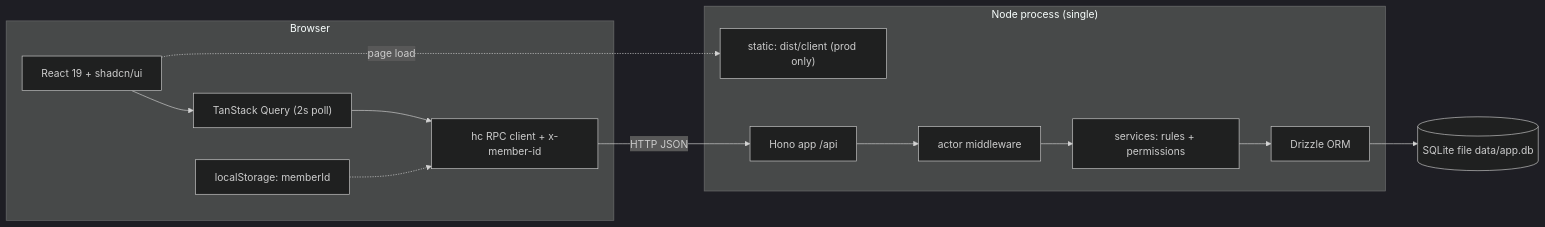
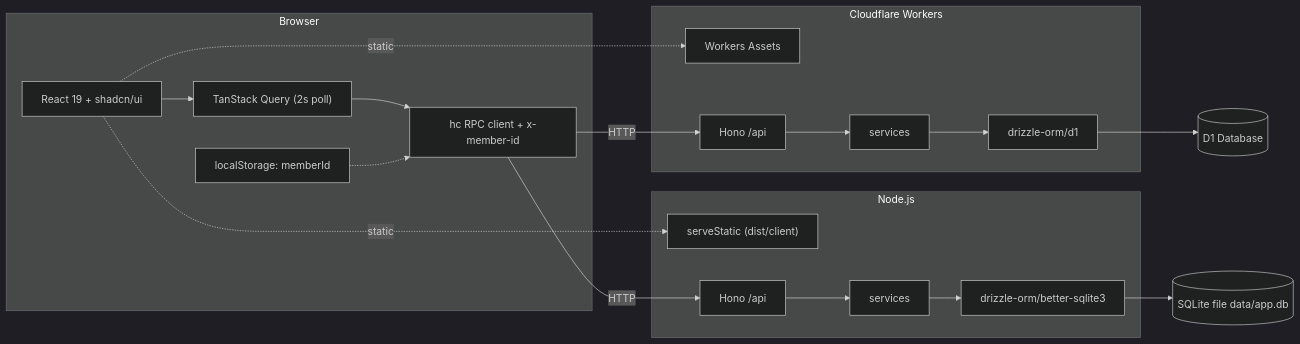
One commit to sbrough10/wechsel changed the first of 4 diagrams in docs/architecture.md. Above: the diagram before and after it, drawn with Mermaid (dark theme). The commit also changed other lines of this file and 25 other files, not shown here.

````diff
--- a/docs/architecture.md
+++ b/docs/architecture.md
@@ -64,23 +68,35 @@
 ```mermaid
 flowchart LR
     subgraph browser [Browser]
         UI["React 19 + shadcn/ui"]
         TQ["TanStack Query (2s poll)"]
         HC["hc RPC client + x-member-id"]
         LS["localStorage: memberId"]
         UI --> TQ --> HC
         LS -.-> HC
     end
-    subgraph node ["Node process (single)"]
-        Static["static: dist/client (prod only)"]
-        API["Hono app /api"]
-        Actor["actor middleware"]
-        Svc["services: rules + permissions"]
-        Drizzle["Drizzle ORM"]
-        API --> Actor --> Svc --> Drizzle
+
+    subgraph cloudflare ["Cloudflare Workers"]
+        Static1["Workers Assets"]
+        API1["Hono /api"]
+        API1 --> Svc1["services"]
+        Svc1 --> Drizzle1["drizzle-orm/d1"]
     end
-    DB[("SQLite file data/app.db")]
-    HC -->|"HTTP JSON"| API
-    UI -.->|"page load"| Static
-    Drizzle --> DB
+
+    subgraph node ["Node.js"]
+        Static2["serveStatic (dist/client)"]
+        API2["Hono /api"]
+        API2 --> Svc2["services"]
+        Svc2 --> Drizzle2["drizzle-orm/better-sqlite3"]
+    end
+
+    DB1[("D1 Database")]
+    DB2[("SQLite file data/app.db")]
+
+    HC -->|"HTTP"| API1
+    HC -->|"HTTP"| API2
+    UI -.->|"static"| Static1
+    UI -.->|"static"| Static2
+    Drizzle1 --> DB1
+    Drizzle2 --> DB2
 ```
````
